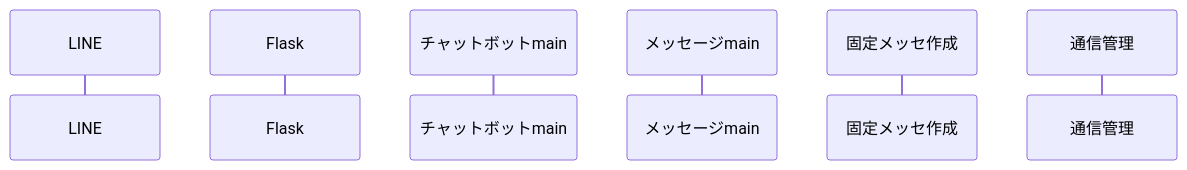
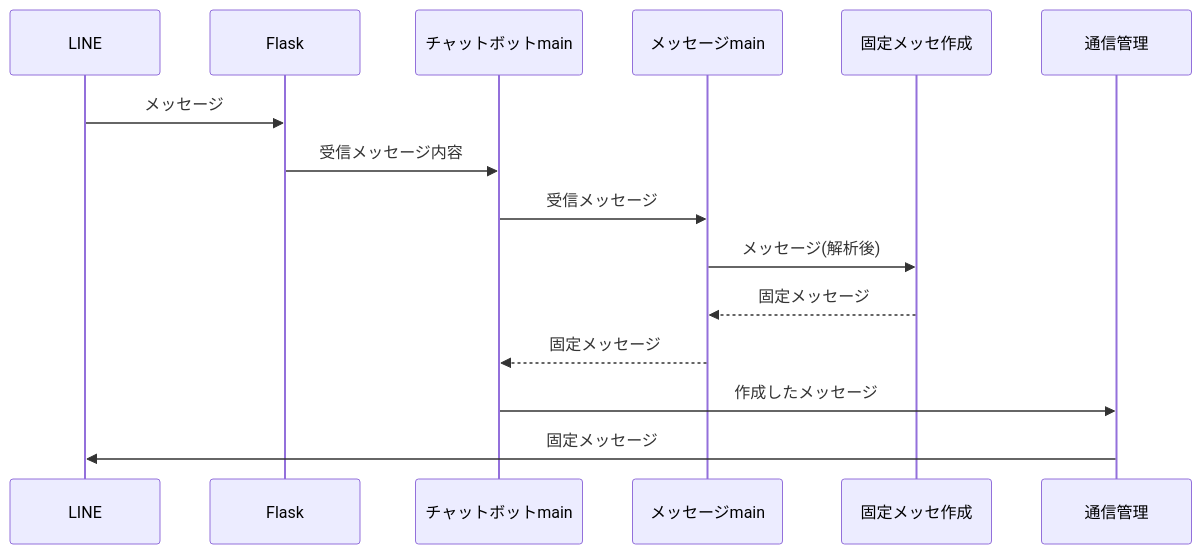
Before and after one commit to ryoono/girlfriend_bot: the first of 4 diagrams in InternalDesign/README.md, drawn with Mermaid. The commit also changed other lines of this file, not shown here.

Commit message:
シーケンス図追加

````diff
--- a/InternalDesign/README.md
+++ b/InternalDesign/README.md
@@ -51,9 +49,18 @@
 ```mermaid
 sequenceDiagram
     participant LINE as LINE
     participant Flask as Flask
     participant chatbot_main as チャットボットmain
     participant message_main as メッセージmain
     participant fix_message as 固定メッセ作成
     participant terminal_mng as 通信管理
+
+    LINE ->> Flask: メッセージ
+    Flask ->> chatbot_main: 受信メッセージ内容
+    chatbot_main ->> message_main: 受信メッセージ
+    message_main ->> fix_message: メッセージ(解析後)
+    fix_message -->> message_main: 固定メッセージ
+    message_main -->> chatbot_main: 固定メッセージ
+    chatbot_main ->> terminal_mng: 作成したメッセージ
+    terminal_mng ->> LINE: 固定メッセージ
 ```
````
